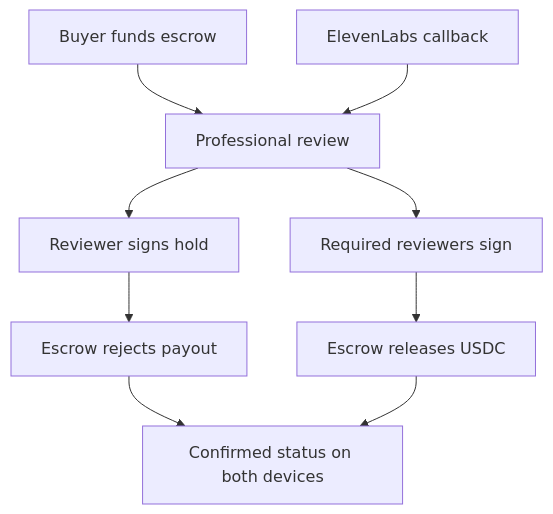
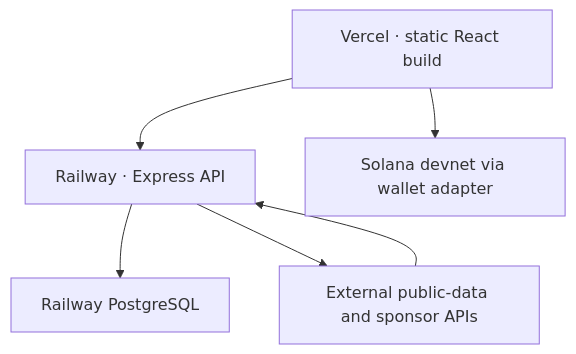
One commit to hudakjoseph28/GroundTruth changed the fourth of 4 diagrams in docs/architecture/Architecture.md. Above: the diagram before and after it, drawn with Mermaid. The commit also changed other lines of this file and 16 other files, not shown here.

````diff
--- a/docs/architecture/Architecture.md
+++ b/docs/architecture/Architecture.md
@@ -48,11 +115,8 @@
 ```mermaid
 flowchart TB
-    A["Buyer funds escrow"] --> R["Professional review"]
-    V["ElevenLabs callback"] --> R
-    R --> H["Reviewer signs hold"]
-    R --> C["Required reviewers sign"]
-    H --> X["Escrow rejects payout"]
-    C --> Y["Escrow releases USDC"]
-    X --> T["Confirmed status on both devices"]
-    Y --> T
+    V["Vercel · static React build"] --> R["Railway · Express API"]
+    R --> P["Railway PostgreSQL"]
+    R --> X["External public-data and sponsor APIs"]
+    V --> S["Solana devnet via wallet adapter"]
+    X --> R
 ```
````
